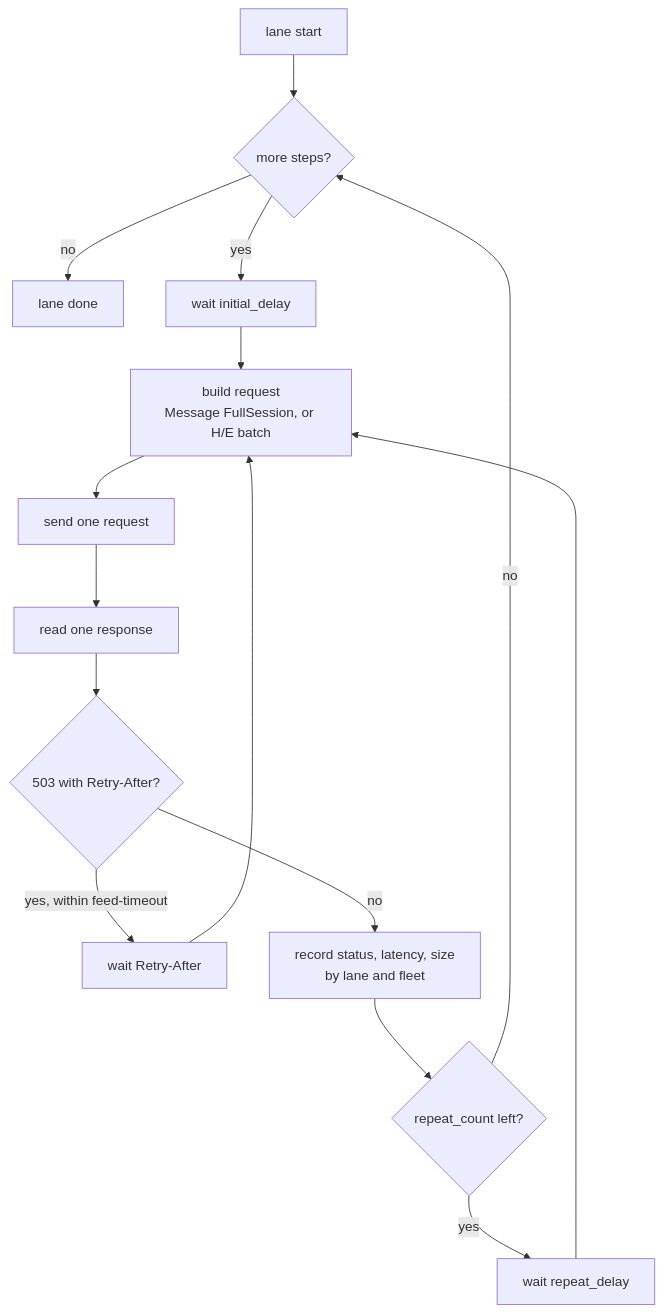
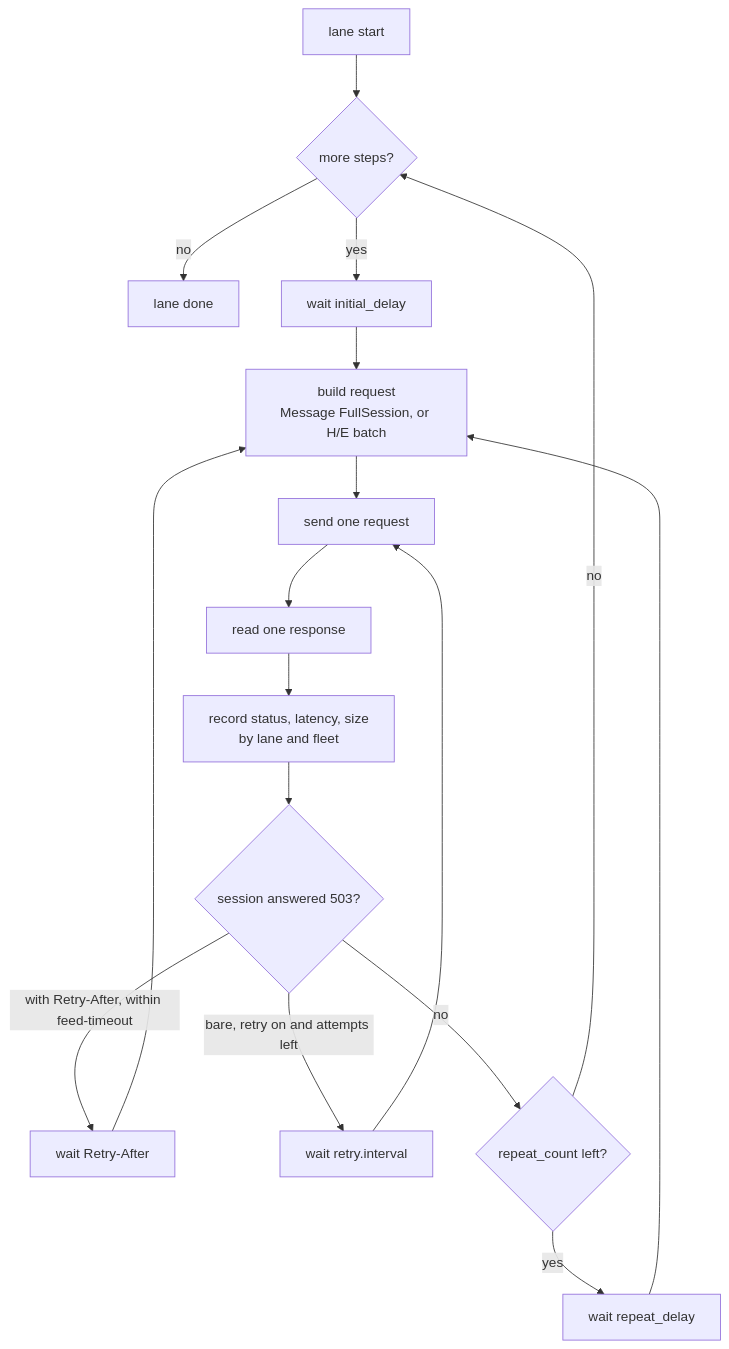
The second of 2 diagrams in tools/manager_benchmark/tool_simulator/docu/06-agent-state-machine.md (wazuh/wazuh), drawn with Mermaid before and after one commit. The commit also changed other lines of this file and 232 other files, not shown here.

````diff
--- a/tools/manager_benchmark/tool_simulator/docu/06-agent-state-machine.md
+++ b/tools/manager_benchmark/tool_simulator/docu/06-agent-state-machine.md
@@ -66,15 +75,16 @@
 ```mermaid
 flowchart TD
     A[lane start] --> B{more steps?}
     B -- no --> Z[lane done]
     B -- yes --> C[wait initial_delay]
     C --> D["build request<br/>Message FullSession, or H/E batch"]
     D --> E[send one request]
     E --> F[read one response]
-    F --> G{503 with Retry-After?}
-    G -- yes, within feed-timeout --> H[wait Retry-After] --> D
-    G -- no --> I["record status, latency, size<br/>by lane and fleet"]
-    I --> J{repeat_count left?}
+    F --> I["record status, latency, size<br/>by lane and fleet"]
+    I --> G{session answered 503?}
+    G -- with Retry-After, within feed-timeout --> H[wait Retry-After] --> D
+    G -- bare, retry on and attempts left --> R[wait retry.interval] --> E
+    G -- no --> J{repeat_count left?}
     J -- yes --> K[wait repeat_delay] --> D
     J -- no --> B
 ```
````
